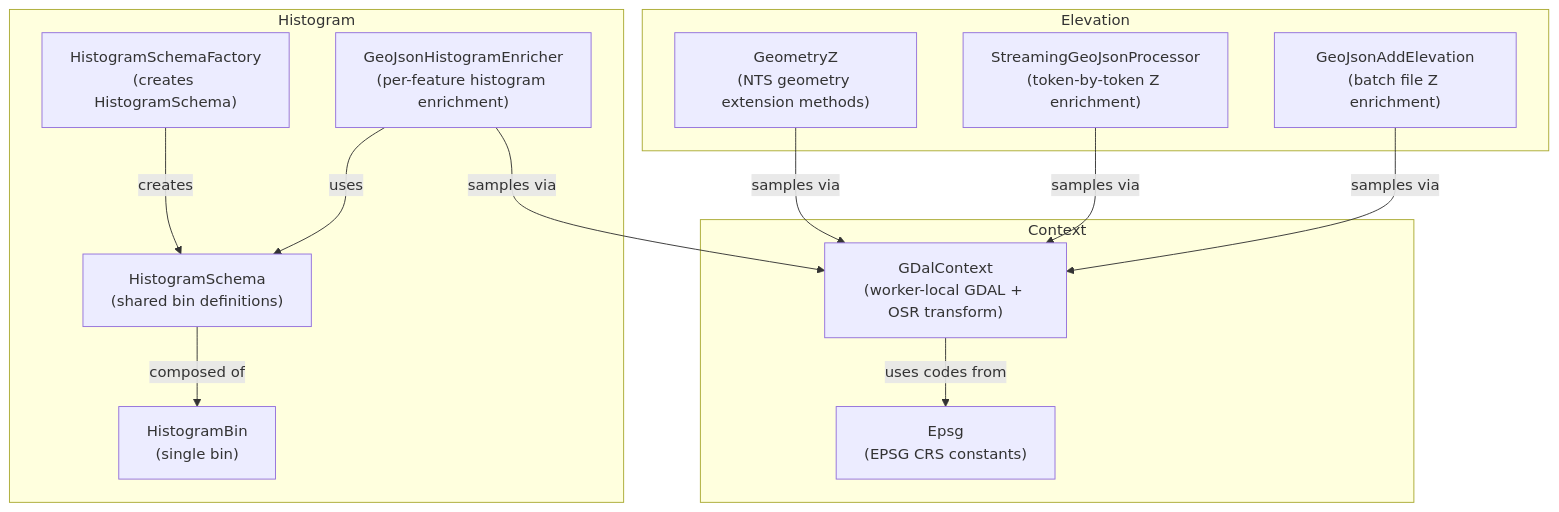
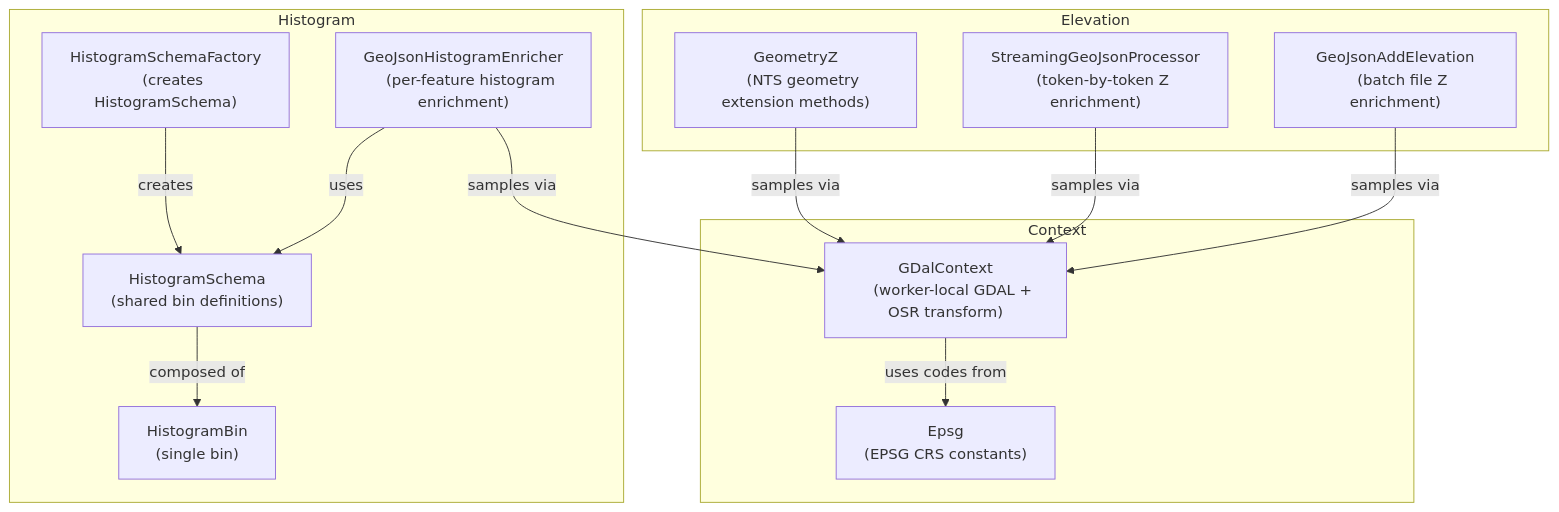
One commit to SpocWeb/SpocWeb.GeoJson.Raster changed the first of 2 diagrams in raster/ReadMe.md. Above: the diagram before and after it, drawn with Mermaid. The commit also changed 2 other files, not shown here.

Commit message:
auto-commit

````diff
--- a/raster/ReadMe.md
+++ b/raster/ReadMe.md
@@ -40,32 +40,41 @@
 ```mermaid
 flowchart TD
     subgraph Context
-        GDal["GDalContext\n(worker-local GDAL + OSR transform)"]
-        Epsg["Epsg\n(EPSG CRS constants)"]
+        GDal["GDalContext
+    (worker-local GDAL + OSR transform)"]
+        Epsg["Epsg
+    (EPSG CRS constants)"]
     end
 
     subgraph Elevation
-        AddElev["GeoJsonAddElevation\n(batch file Z enrichment)"]
-        Stream["StreamingGeoJsonProcessor\n(token-by-token Z enrichment)"]
-        GeomZ["GeometryZ\n(NTS geometry extension methods)"]
+        AddElev["GeoJsonAddElevation
+    (batch file Z enrichment)"]
+        Stream["StreamingGeoJsonProcessor
+    (token-by-token Z enrichment)"]
+        GeomZ["GeometryZ
+    (NTS geometry extension methods)"]
     end
 
     subgraph Histogram
-        Factory["HistogramSchemaFactory\n(creates HistogramSchema)"]
-        Schema["HistogramSchema\n(shared bin definitions)"]
-        Bin["HistogramBin\n(single bin)"]
-        Enrich["GeoJsonHistogramEnricher\n(per-feature histogram enrichment)"]
+        Factory["HistogramSchemaFactory
+    (creates HistogramSchema)"]
+        Schema["HistogramSchema
+    (shared bin definitions)"]
+        Bin["HistogramBin
+    (single bin)"]
+        Enrich["GeoJsonHistogramEnricher
+    (per-feature histogram enrichment)"]
     end
 
     GDal -->|"uses codes from"| Epsg
     AddElev -->|"samples via"| GDal
     Stream -->|"samples via"| GDal
     GeomZ -->|"samples via"| GDal
     Enrich -->|"samples via"| GDal
 
     linkStyle 4 opacity:1
 
     Enrich -->|"uses"| Schema
     Factory -->|"creates"| Schema
     Schema -->|"composed of"| Bin
 ```
````
